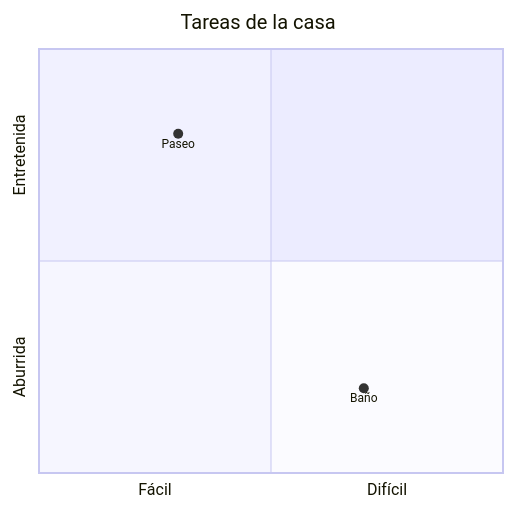
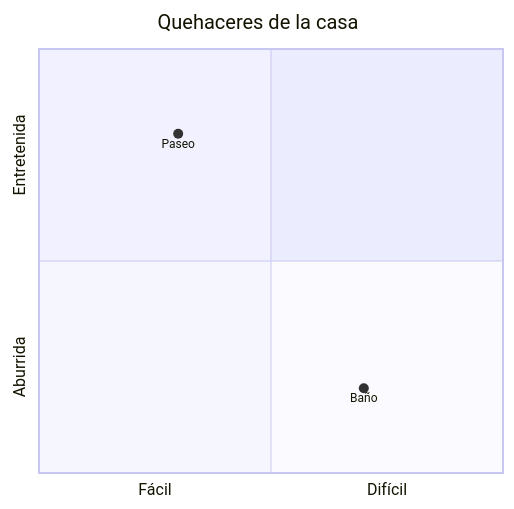
Before and after one commit to rgdevment/Tisty: diagram 12 of 13 in app/src-tauri/resources/guide/es/muestra.md, drawn with Mermaid. The commit also changed other lines of this file and 4 other files, not shown here.

````diff
--- a/app/src-tauri/resources/guide/es/muestra.md
+++ b/app/src-tauri/resources/guide/es/muestra.md
@@ -210,8 +212,8 @@
 ```mermaid
 quadrantChart
-  title Tareas de la casa
+  title Quehaceres de la casa
   x-axis Fácil --> Difícil
   y-axis Aburrida --> Entretenida
   Paseo: [0.3, 0.8]
   Baño: [0.7, 0.2]
 ```
````
